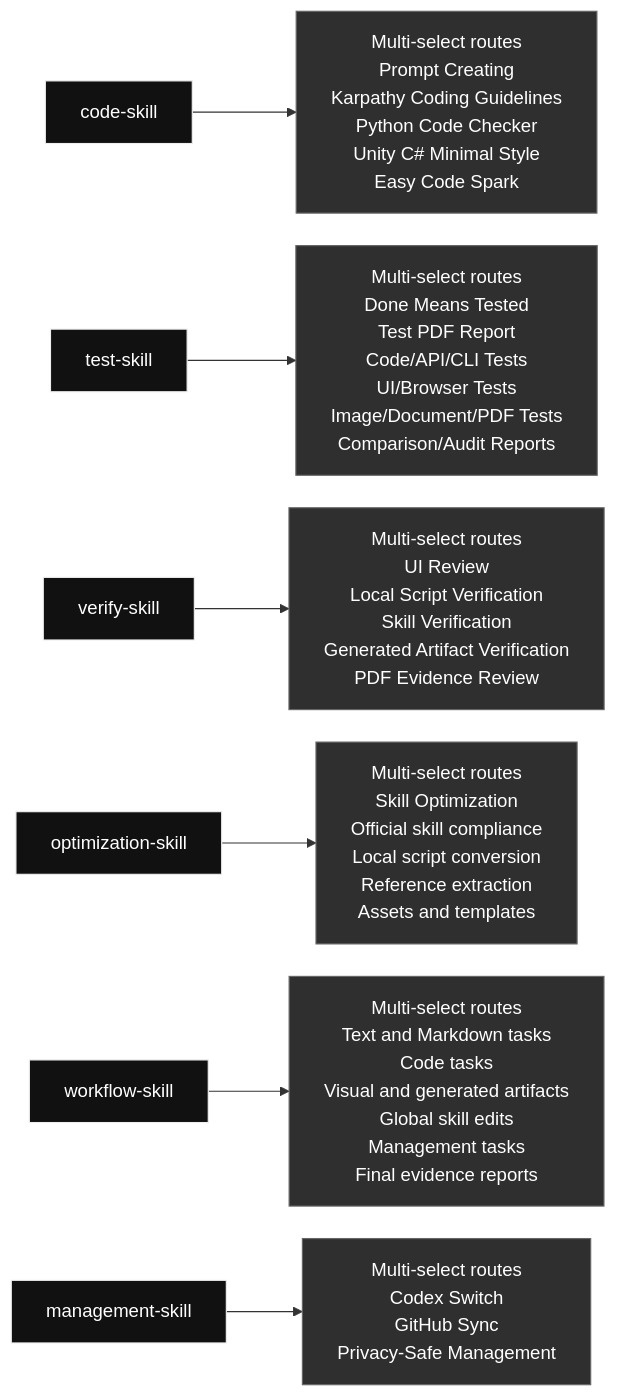
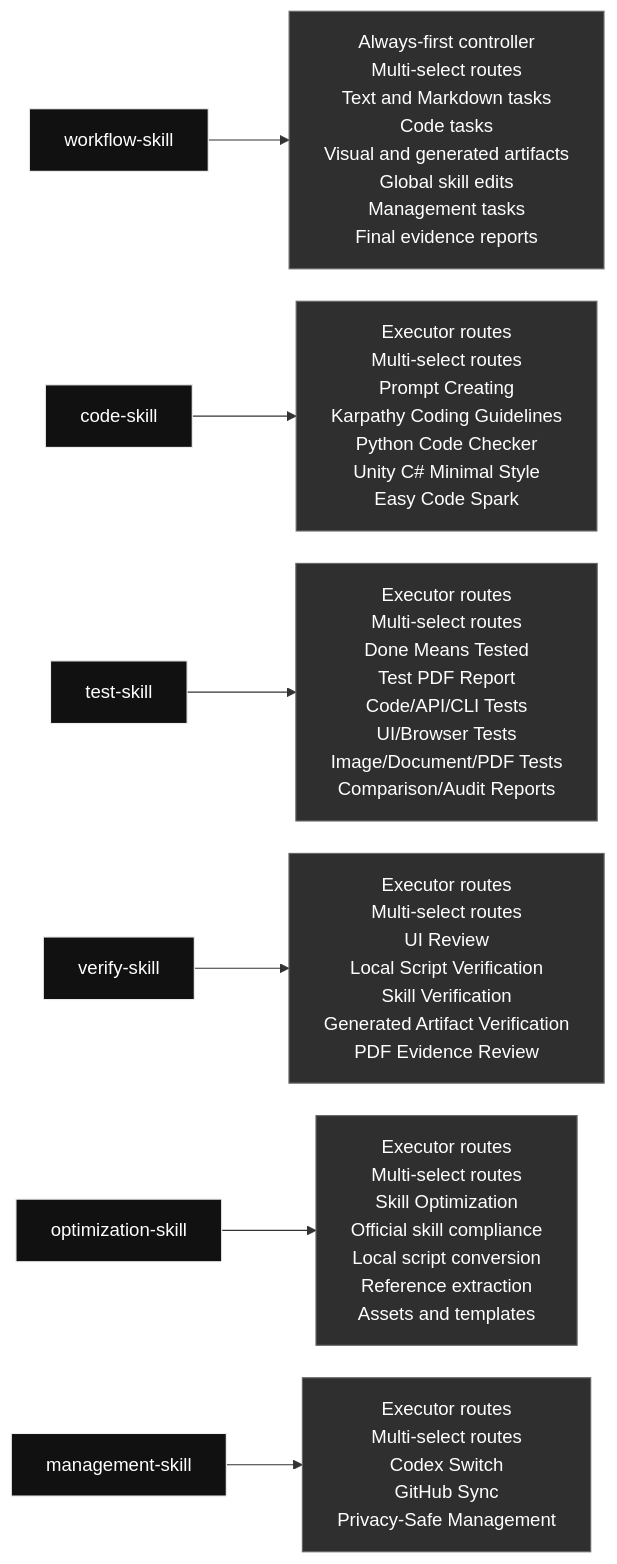
One commit to qinbatista/qin-codex-skills changed the diagram in README.md. Above: the diagram before and after it, drawn with Mermaid. The commit also changed other lines of this file and 18 other files, not shown here.

Commit message:
Make workflow skill the always-first controller

````diff
--- a/README.md
+++ b/README.md
@@ -7,14 +7,14 @@
 ```mermaid
 %%{init: {"flowchart": {"nodeSpacing": 28, "rankSpacing": 54, "wrappingWidth": 240}}}%%
 flowchart LR
-  skill_code_skill["code-skill"] --> inside_code_skill["Multi-select routes<br/>Prompt Creating<br/>Karpathy Coding Guidelines<br/>Python Code Checker<br/>Unity C# Minimal Style<br/>Easy Code Spark"]
-  skill_test_skill["test-skill"] --> inside_test_skill["Multi-select routes<br/>Done Means Tested<br/>Test PDF Report<br/>Code/API/CLI Tests<br/>UI/Browser Tests<br/>Image/Document/PDF Tests<br/>Comparison/Audit Reports"]
-  skill_verify_skill["verify-skill"] --> inside_verify_skill["Multi-select routes<br/>UI Review<br/>Local Script Verification<br/>Skill Verification<br/>Generated Artifact Verification<br/>PDF Evidence Review"]
-  skill_optimization_skill["optimization-skill"] --> inside_optimization_skill["Multi-select routes<br/>Skill Optimization<br/>Official skill compliance<br/>Local script conversion<br/>Reference extraction<br/>Assets and templates"]
-  skill_workflow_skill["workflow-skill"] --> inside_workflow_skill["Multi-select routes<br/>Text and Markdown tasks<br/>Code tasks<br/>Visual and generated artifacts<br/>Global skill edits<br/>Management tasks<br/>Final evidence reports"]
-  skill_management_skill["management-skill"] --> inside_management_skill["Multi-select routes<br/>Codex Switch<br/>GitHub Sync<br/>Privacy-Safe Management"]
+  skill_workflow_skill["workflow-skill"] --> inside_workflow_skill["Always-first controller<br/>Multi-select routes<br/>Text and Markdown tasks<br/>Code tasks<br/>Visual and generated artifacts<br/>Global skill edits<br/>Management tasks<br/>Final evidence reports"]
+  skill_code_skill["code-skill"] --> inside_code_skill["Executor routes<br/>Multi-select routes<br/>Prompt Creating<br/>Karpathy Coding Guidelines<br/>Python Code Checker<br/>Unity C# Minimal Style<br/>Easy Code Spark"]
+  skill_test_skill["test-skill"] --> inside_test_skill["Executor routes<br/>Multi-select routes<br/>Done Means Tested<br/>Test PDF Report<br/>Code/API/CLI Tests<br/>UI/Browser Tests<br/>Image/Document/PDF Tests<br/>Comparison/Audit Reports"]
+  skill_verify_skill["verify-skill"] --> inside_verify_skill["Executor routes<br/>Multi-select routes<br/>UI Review<br/>Local Script Verification<br/>Skill Verification<br/>Generated Artifact Verification<br/>PDF Evidence Review"]
+  skill_optimization_skill["optimization-skill"] --> inside_optimization_skill["Executor routes<br/>Multi-select routes<br/>Skill Optimization<br/>Official skill compliance<br/>Local script conversion<br/>Reference extraction<br/>Assets and templates"]
+  skill_management_skill["management-skill"] --> inside_management_skill["Executor routes<br/>Multi-select routes<br/>Codex Switch<br/>GitHub Sync<br/>Privacy-Safe Management"]
   classDef skill fill:#111,color:#fff,stroke:#eee;
   classDef content fill:#2f2f2f,color:#fff,stroke:#666;
-  class skill_code_skill,skill_test_skill,skill_verify_skill,skill_optimization_skill,skill_workflow_skill,skill_management_skill skill;
-  class inside_code_skill,inside_test_skill,inside_verify_skill,inside_optimization_skill,inside_workflow_skill,inside_management_skill content;
+  class skill_workflow_skill,skill_code_skill,skill_test_skill,skill_verify_skill,skill_optimization_skill,skill_management_skill skill;
+  class inside_workflow_skill,inside_code_skill,inside_test_skill,inside_verify_skill,inside_optimization_skill,inside_management_skill content;
 ```
````
